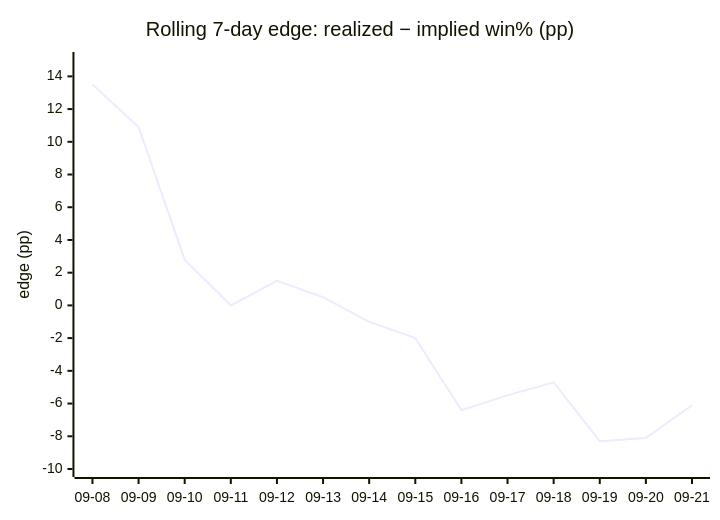
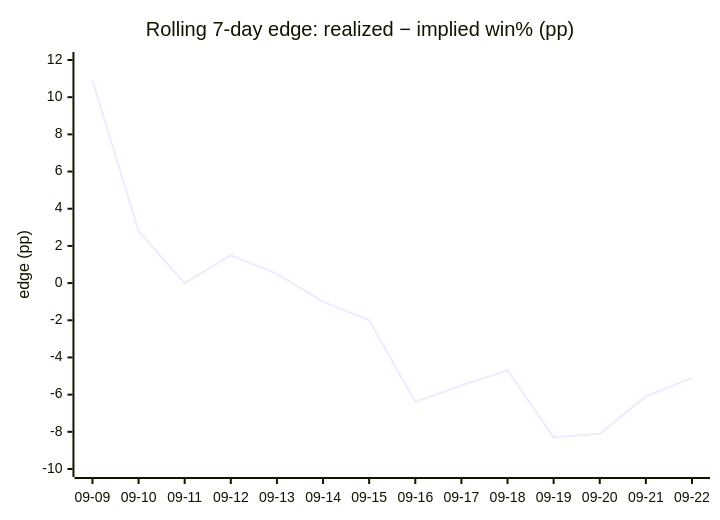
Before and after one commit to dpk1212/nhl-savant: the fourth of 4 diagrams in DAILY_AGSU_REPORT.md, drawn with Mermaid. The commit also changed other lines of this file, not shown here.

````diff
--- a/DAILY_AGSU_REPORT.md
+++ b/DAILY_AGSU_REPORT.md
@@ -865,7 +864,7 @@
 ```mermaid
 xychart-beta
     title "Rolling 7-day edge: realized − implied win% (pp)"
-    x-axis ["09-08", "09-09", "09-10", "09-11", "09-12", "09-13", "09-14", "09-15", "09-16", "09-17", "09-18", "09-19", "09-20", "09-21"]
-    y-axis "edge (pp)" -10 --> 15
-    line [13.5, 10.9, 2.8, 0, 1.5, 0.5, -1, -2, -6.4, -5.5, -4.7, -8.3, -8.1, -6.1]
+    x-axis ["09-09", "09-10", "09-11", "09-12", "09-13", "09-14", "09-15", "09-16", "09-17", "09-18", "09-19", "09-20", "09-21", "09-22"]
+    y-axis "edge (pp)" -10 --> 12
+    line [10.9, 2.8, 0, 1.5, 0.5, -1, -2, -6.4, -5.5, -4.7, -8.3, -8.1, -6.1, -5.1]
 ```
````
